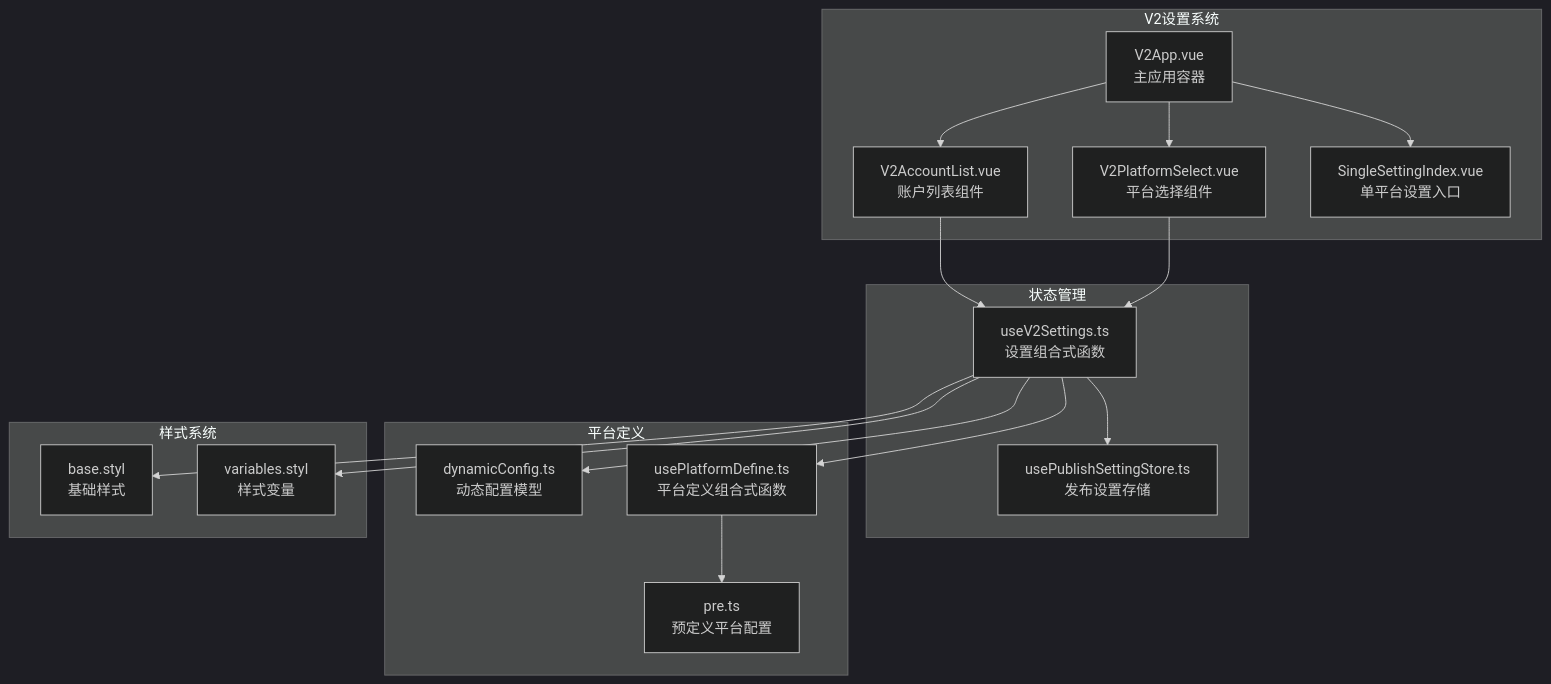
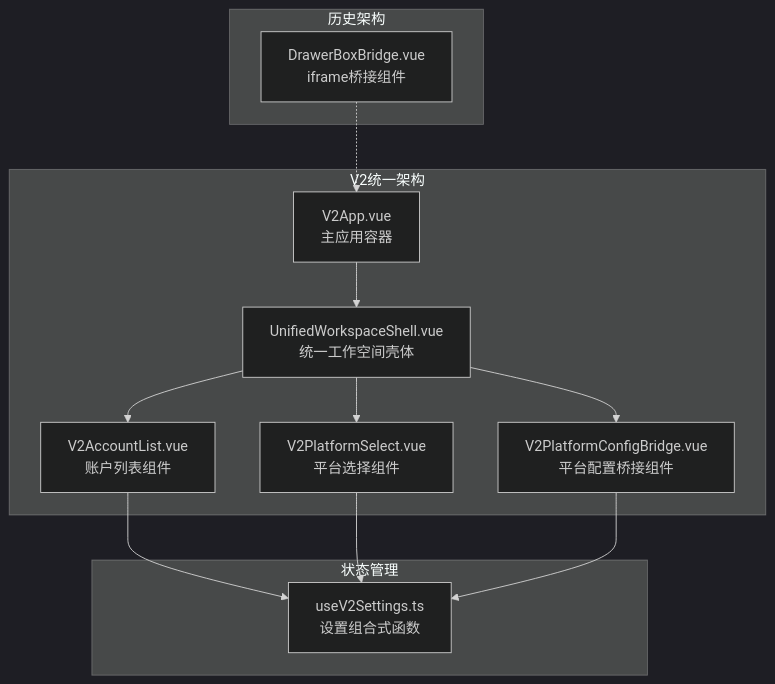
One commit to terwer/siyuan-plugin-publisher changed the first of 9 diagrams in .qoder/repowiki/zh/content/V2 Account List Component.md. Above: the diagram before and after it, drawn with Mermaid (dark theme). The commit also changed other lines of this file and 27 other files, not shown here.

First line of the commit message:
feat(commonblog): add common blog setting component for platform config

````diff
--- a/.qoder/repowiki/zh/content/V2 Account List Component.md
+++ b/.qoder/repowiki/zh/content/V2 Account List Component.md
@@ -54,33 +50,24 @@
 ```mermaid
 graph TB
-subgraph "V2设置系统"
+subgraph "V2统一架构"
 V2App[V2App.vue<br/>主应用容器]
+UnifiedWorkspaceShell[UnifiedWorkspaceShell.vue<br/>统一工作空间壳体]
 V2AccountList[V2AccountList.vue<br/>账户列表组件]
 V2PlatformSelect[V2PlatformSelect.vue<br/>平台选择组件]
-SingleSettingIndex[SingleSettingIndex.vue<br/>单平台设置入口]
+V2PlatformConfigBridge[V2PlatformConfigBridge.vue<br/>平台配置桥接组件]
 end
 subgraph "状态管理"
 useV2Settings[useV2Settings.ts<br/>设置组合式函数]
-usePublishSettingStore[usePublishSettingStore.ts<br/>发布设置存储]
 end
-subgraph "平台定义"
-dynamicConfig[dynamicConfig.ts<br/>动态配置模型]
-usePlatformDefine[usePlatformDefine.ts<br/>平台定义组合式函数]
-pre[pre.ts<br/>预定义平台配置]
+subgraph "历史架构"
+DrawerBoxBridge[DrawerBoxBridge.vue<br/>iframe桥接组件]
 end
-subgraph "样式系统"
-baseStyl[base.styl<br/>基础样式]
-variablesStyl[variables.styl<br/>样式变量]
-end
-V2App --> V2AccountList
-V2App --> V2PlatformSelect
-V2App --> SingleSettingIndex
+V2App --> UnifiedWorkspaceShell
+UnifiedWorkspaceShell --> V2AccountList
+UnifiedWorkspaceShell --> V2PlatformSelect
+UnifiedWorkspaceShell --> V2PlatformConfigBridge
 V2AccountList --> useV2Settings
 V2PlatformSelect --> useV2Settings
-useV2Settings --> usePublishSettingStore
-useV2Settings --> dynamicConfig
-useV2Settings --> usePlatformDefine
-useV2Settings --> baseStyl
-useV2Settings --> variablesStyl
-usePlatformDefine --> pre
+V2PlatformConfigBridge --> useV2Settings
+DrawerBoxBridge -.-> V2App
 ```
````
